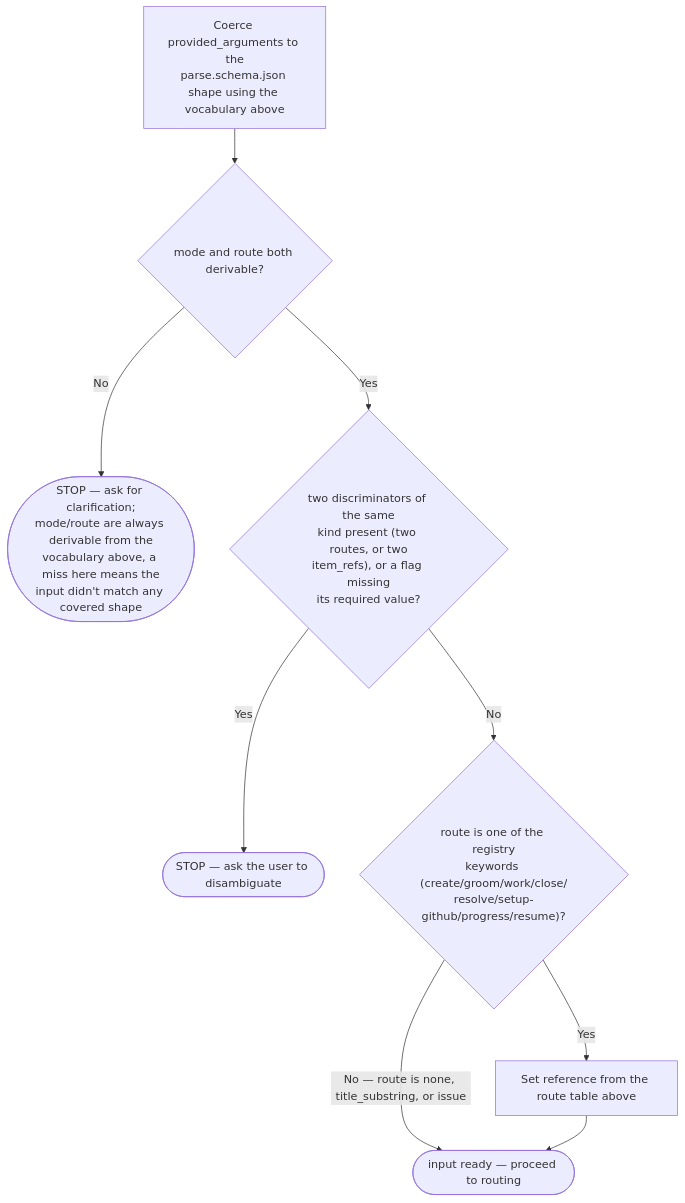
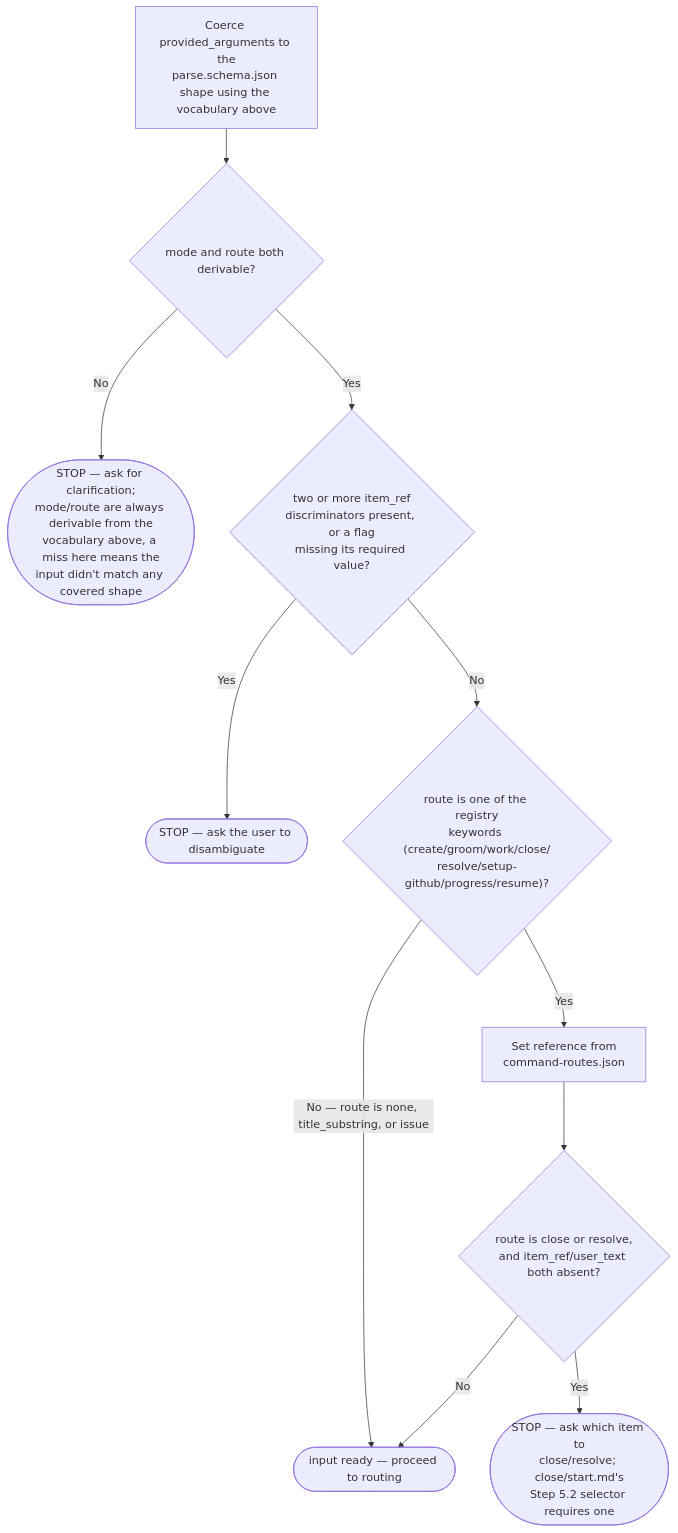
One commit to Jamie-BitFlight/claude_skills changed the first of 3 diagrams in plugins/development-harness/skills/work-backlog-item/SKILL.md. Above: the diagram before and after it, drawn with Mermaid. The commit also changed other lines of this file and 2 other files, not shown here.

````diff
--- a/plugins/development-harness/skills/work-backlog-item/SKILL.md
+++ b/plugins/development-harness/skills/work-backlog-item/SKILL.md
@@ -62,12 +51,14 @@
 ```mermaid
 flowchart TD
     %% No subprocess, no shell — coerce provided_arguments directly against the vocabulary above.
     Coerce["Coerce provided_arguments to the<br>parse.schema.json shape using the vocabulary above"] --> ReqCheck{"mode and route both derivable?"}
     ReqCheck -->|"No"| ErrReq(["STOP — ask for clarification;<br>mode/route are always derivable from the<br>vocabulary above, a miss here means the<br>input didn't match any covered shape"])
-    ReqCheck -->|"Yes"| ConflictCheck{"two discriminators of the same<br>kind present (two routes, or two<br>item_refs), or a flag missing<br>its required value?"}
+    ReqCheck -->|"Yes"| ConflictCheck{"two or more item_ref<br>discriminators present, or a flag<br>missing its required value?"}
     ConflictCheck -->|"Yes"| ErrConflict(["STOP — ask the user to disambiguate"])
     ConflictCheck -->|"No"| RouteCheck{"route is one of the registry<br>keywords (create/groom/work/close/<br>resolve/setup-github/progress/resume)?"}
     RouteCheck -->|"No — route is none, title_substring, or issue"| Ready(["input ready — proceed to routing"])
-    RouteCheck -->|"Yes"| RefLookup["Set reference from the route table above"]
-    RefLookup --> Ready
+    RouteCheck -->|"Yes"| RefLookup["Set reference from<br>command-routes.json"]
+    RefLookup --> NeedRefCheck{"route is close or resolve,<br>and item_ref/user_text both absent?"}
+    NeedRefCheck -->|"Yes"| ErrNoTarget(["STOP — ask which item to<br>close/resolve; close/start.md's<br>Step 5.2 selector requires one"])
+    NeedRefCheck -->|"No"| Ready
 ```
````
